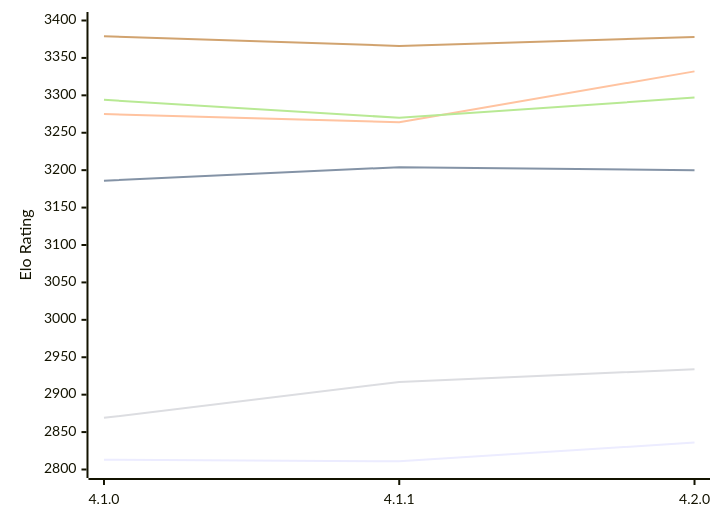
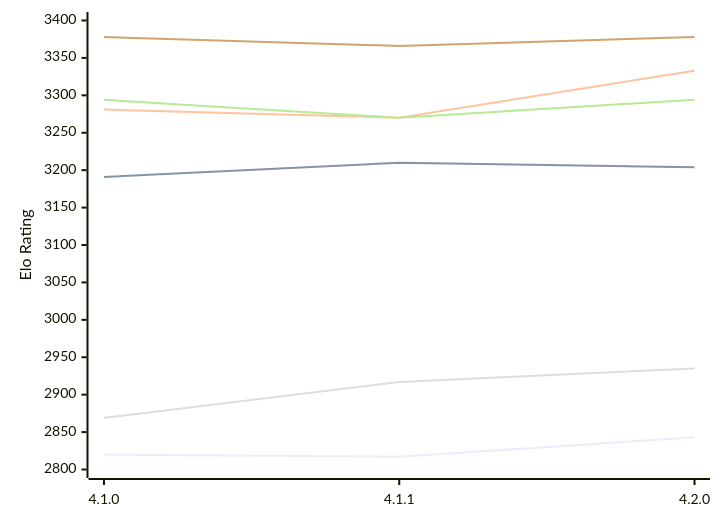
The diagram in engines/LunaChessEngine.md (computer-chess-index/cci), drawn with Mermaid before and after one commit. The commit also changed other lines of this file, not shown here.

Commit message:
Update CCI Ratings (ELO VLTC) - 2026-11-10

````diff
--- a/engines/LunaChessEngine.md
+++ b/engines/LunaChessEngine.md
@@ -51,12 +51,12 @@
 ```mermaid
 %%{init: {"theme":"base","themeVariables":{"seriesColors:['#a3a3a3','#222221','#faa371']}}}%%
 xychart-beta
   x-axis ["4.1.0", "4.1.1", "4.2.0"]
   y-axis "Elo Rating" 2800 --> 3400
-  line "E1: STC (8.0+0.08s)" [2813, 2811, 2836]
-  line "E1: LTC (60.0+0.60s)" [3186, 3204, 3200]
-  line "E1: VLTC (2m24s+1.12s)" [3275, 3264, 3332]
-  line "P1: STC (8.0+0.08s)" [2869, 2917, 2934]
-  line "P1: LTC (60.0+0.60s)" [3294, 3270, 3297]
-  line "P1: VLTC (2m24s+1.12s)" [3379, 3366, 3378]
+  line "E1: STC (8.0+0.08s)" [2820, 2817, 2843]
+  line "E1: LTC (60.0+0.60s)" [3191, 3210, 3204]
+  line "E1: VLTC (2m24s+1.12s)" [3281, 3270, 3333]
+  line "P1: STC (8.0+0.08s)" [2869, 2917, 2935]
+  line "P1: LTC (60.0+0.60s)" [3294, 3270, 3294]
+  line "P1: VLTC (2m24s+1.12s)" [3378, 3366, 3378]
 ```
````
